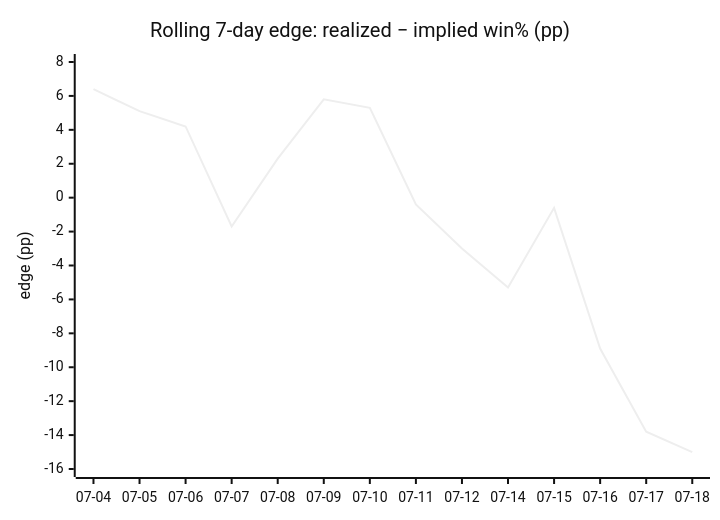
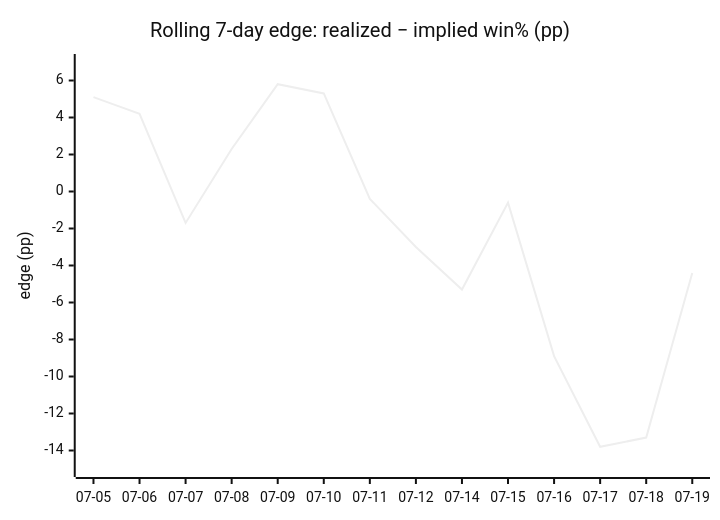
The fourth of 4 diagrams in DAILY_AGSU_REPORT.md (dpk1212/nhl-savant), drawn with Mermaid (neutral theme) before and after one commit. The commit also changed other lines of this file, not shown here.

````diff
--- a/DAILY_AGSU_REPORT.md
+++ b/DAILY_AGSU_REPORT.md
@@ -564,7 +570,7 @@
 ```mermaid
 xychart-beta
     title "Rolling 7-day edge: realized − implied win% (pp)"
-    x-axis ["07-04", "07-05", "07-06", "07-07", "07-08", "07-09", "07-10", "07-11", "07-12", "07-14", "07-15", "07-16", "07-17", "07-18"]
-    y-axis "edge (pp)" -16 --> 8
-    line [6.4, 5.1, 4.2, -1.7, 2.3, 5.8, 5.3, -0.4, -3, -5.3, -0.6, -8.9, -13.8, -15]
+    x-axis ["07-05", "07-06", "07-07", "07-08", "07-09", "07-10", "07-11", "07-12", "07-14", "07-15", "07-16", "07-17", "07-18", "07-19"]
+    y-axis "edge (pp)" -15 --> 7
+    line [5.1, 4.2, -1.7, 2.3, 5.8, 5.3, -0.4, -3, -5.3, -0.6, -8.9, -13.8, -13.3, -4.4]
 ```
````
